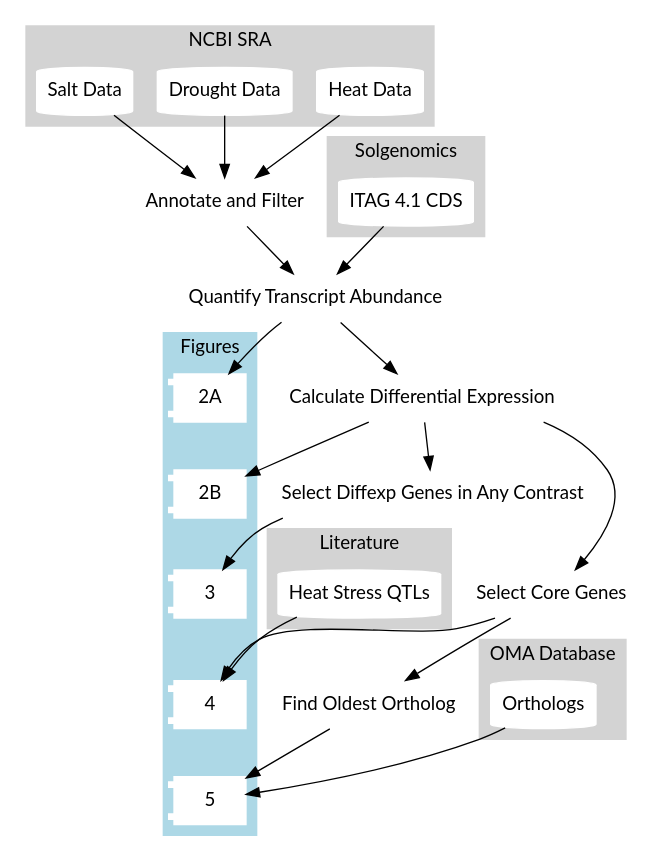
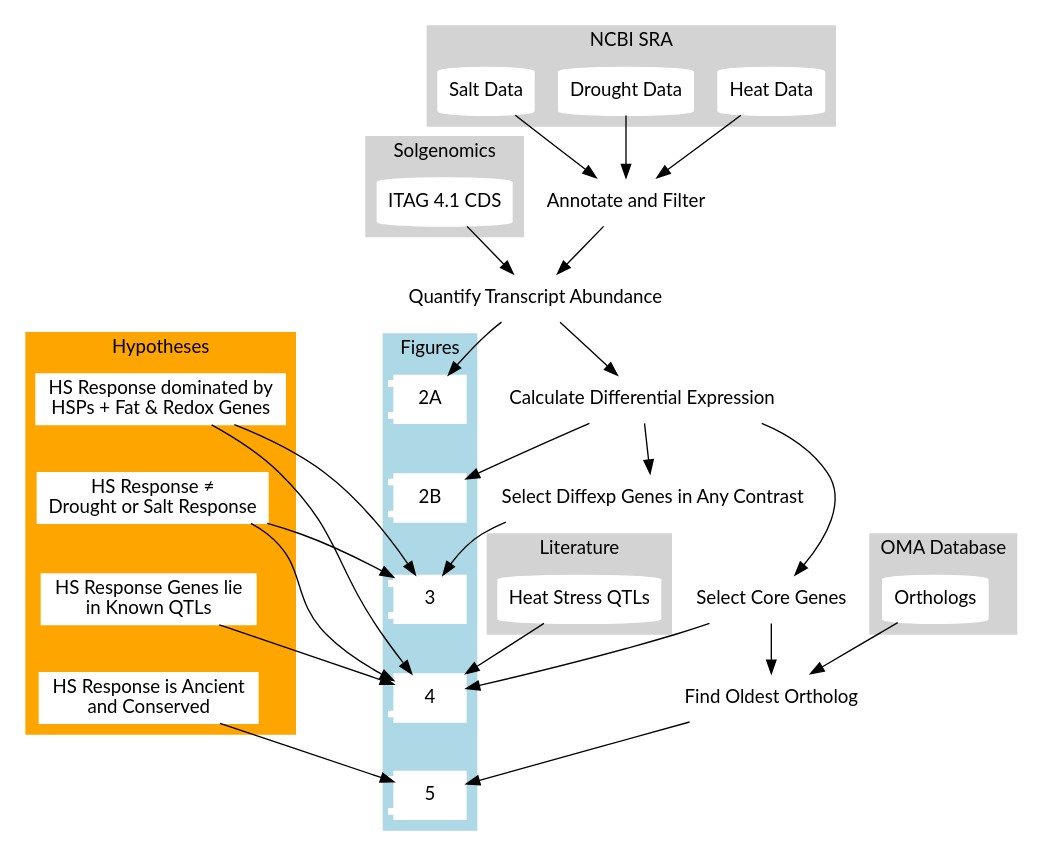
One commit to NAMlab/tomato-rna-meta changed the diagram in figures/Overview.dot. Above: the diagram before and after it, drawn with Graphviz. The commit also changed 1 other file, not shown here.

Commit message:
add hypotheses to overview figure

```diff
--- a/figures/Overview.dot
+++ b/figures/Overview.dot
@@ -1,84 +1,104 @@
 digraph G {
     fontname="Lato,Helvetica,Arial,sans-serif";
     node [fontname="Lato,Helvetica,Arial,sans-serif"]
 	edge [fontname="Lato,Helvetica,Arial,sans-serif"]
+    
+    subgraph cluster_hypo {
+        label = "Hypotheses"
+        style=filled;
+        color=orange;
+        node [shape=rect,style=filled,color=white];
+        edge [penwidth=0,arrowsize=0];
+        h1 [label="HS Response dominated by \n HSPs + Fat & Redox Genes"];
+        h2 [label="HS Response ≠ \nDrought or Salt Response"];
+        h3 [label="HS Response Genes lie \n in Known QTLs"];
+        h4 [label="HS Response is Ancient \n and Conserved"];
+        h1 -> h2 -> h3 -> h4;
+    }
     
     subgraph cluster_0 {
 		style=filled;
 		color=lightgrey;
 		node [style=filled,color=white,shape=cylinder];
 		d1 [label="Heat Data"];
         d2 [label="Drought Data"];
         d3 [label="Salt Data"];
 		label = "NCBI SRA";
 	}
 	
 	subgraph cluster_1 {
 		style=filled;
 		color=lightgrey;
 		node [style=filled,color=white,shape=cylinder];
 		d4 [label="ITAG 4.1 CDS"];
 		label = "Solgenomics";
 	}
 	
 	subgraph cluster_2 {
 		style=filled;
 		color=lightblue;
 		node [style=filled,color=white,shape=component];
 		edge [penwidth=0,arrowsize=0]
 		f1 [label="2A"];
 		f2 [label="2B"];
 		f3 [label="3"];
 		f4 [label="4"];
 		f5 [label="5"];
 		f1 -> f2 -> f3 -> f4 -> f5;
 		label = "Figures";
 	}
 	
 	subgraph cluster_3 {
 		style=filled;
 		color=lightgrey;
 		node [style=filled,color=white,shape=cylinder];
 		d5 [label="Heat Stress QTLs"];
 		label = "Literature";
 	}
 	
 	subgraph cluster_4 {
 		style=filled;
 		color=lightgrey;
 		node [style=filled,color=white,shape=cylinder];
 		d6 [label="Orthologs"];
 		label = "OMA Database";
 	}
 
     
     p1 [shape=none,label="Annotate and Filter"];
     p2 [shape=none,label="Quantify Transcript Abundance"];
     p3 [shape=none,label="Calculate Differential Expression"];
     p4 [shape=none,label="Select Diffexp Genes in Any Contrast"];
     p5 [shape=none,label="Select Core Genes"];
     p6 [shape=none,label="Find Oldest Ortholog"];
     
     d1 -> p1;
 	d2 -> p1;
 	d3 -> p1;
 	
 	d4 -> p2;
 	p1 -> p2;
 	p2 -> f1;
 	
 	p2 -> p3;
 	p3 -> f2;
 	
 	p3 -> p4;
 	p4 -> f3;
 	
 	p3 -> p5;
 	p5 -> f4;
 	d5 -> f4;
 	
 	p5 -> p6;
 	p6 -> f5;
-	d6 -> f5;
+	d6 -> p6;
+	
+	h1 -> f3;
+	h1 -> f4;
+	h2 -> f3;
+	h2 -> f4;
+	h3 -> f4;
+	h4 -> f5;
 	
 }
```
